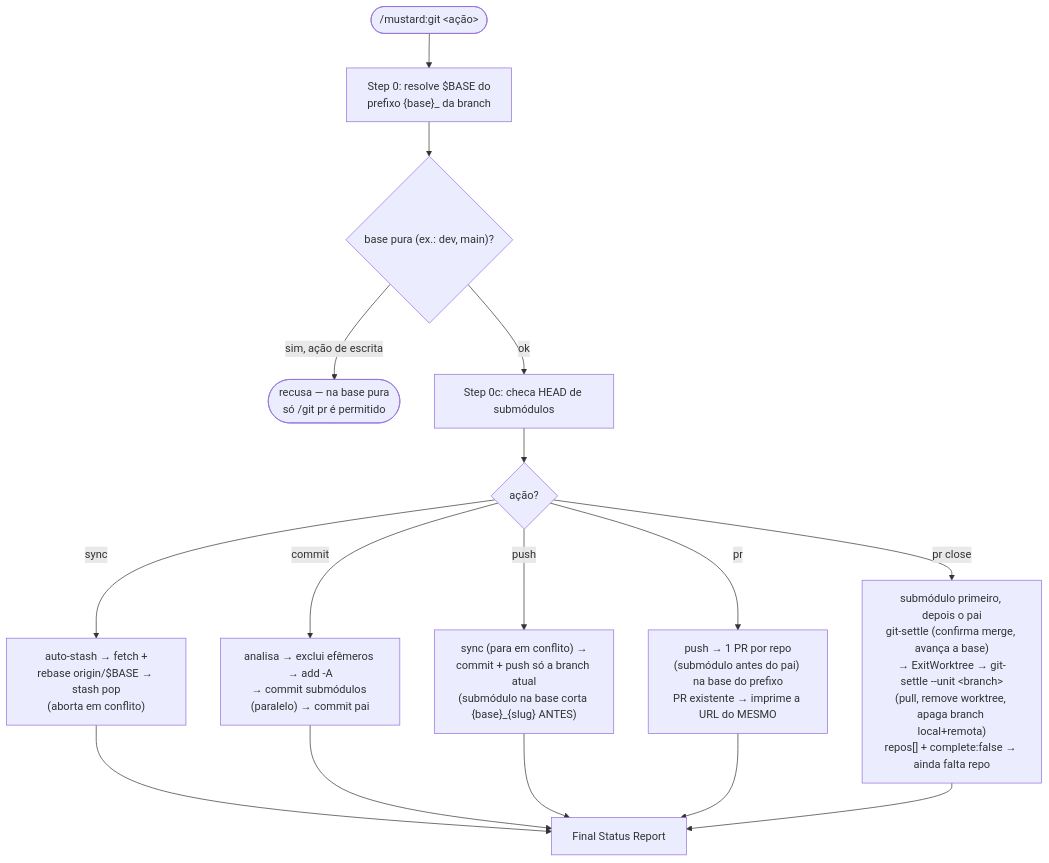
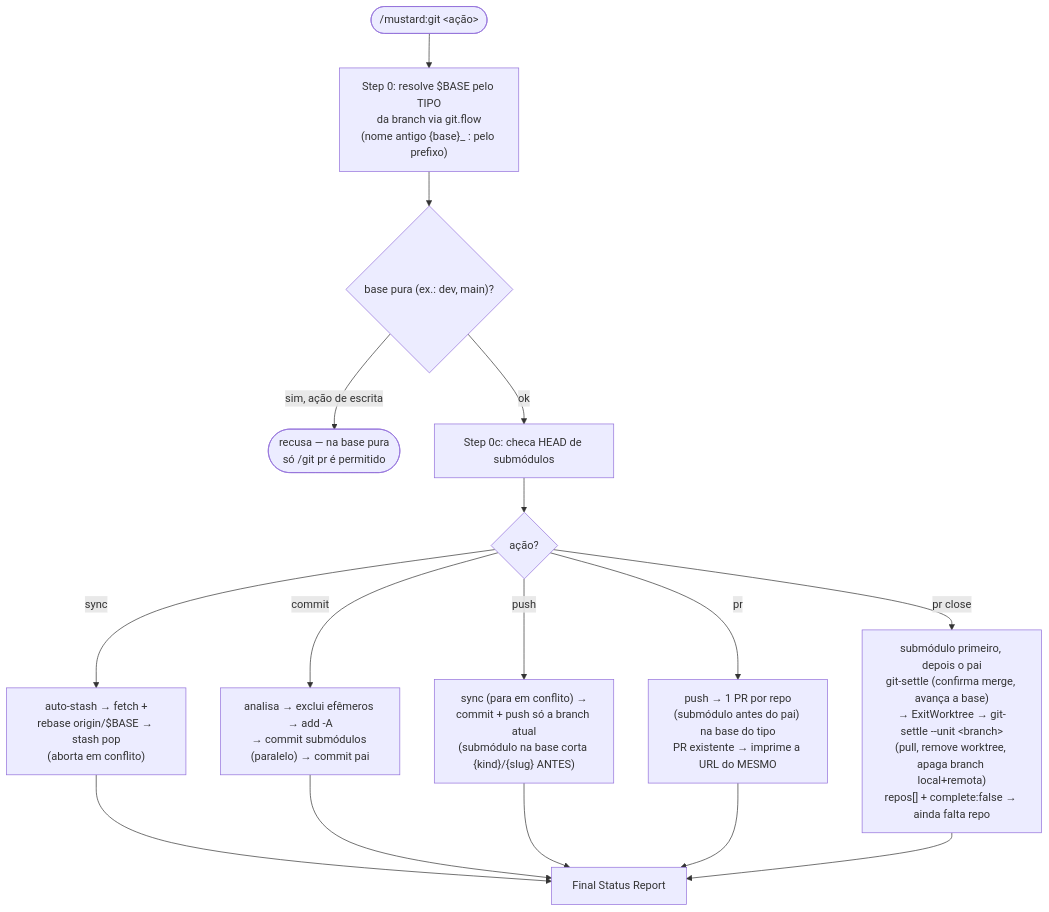
One commit to rubensrpj/mustard changed diagram 11 of 12 in MUSTARD-COMMANDS.md. Above: the diagram before and after it, drawn with Mermaid. The commit also changed other lines of this file and 44 other files, not shown here.

````diff
--- a/MUSTARD-COMMANDS.md
+++ b/MUSTARD-COMMANDS.md
@@ -433,20 +433,20 @@
 ```mermaid
 flowchart TD
-    start(["/mustard:git &lt;ação&gt;"]) --> s0["Step 0: resolve $BASE do<br/>prefixo {base}_ da branch"]
+    start(["/mustard:git &lt;ação&gt;"]) --> s0["Step 0: resolve $BASE pelo TIPO<br/>da branch via git.flow<br/>(nome antigo {base}_ : pelo prefixo)"]
     s0 --> prot{"base pura (ex.: dev, main)?"}
     prot -->|"sim, ação de escrita"| refuse(["recusa — na base pura<br/>só /git pr é permitido"])
     prot -->|ok| sub["Step 0c: checa HEAD de submódulos"]
 
     sub --> action{"ação?"}
     action -->|sync| sync["auto-stash → fetch +<br/>rebase origin/$BASE → stash pop<br/>(aborta em conflito)"]
     action -->|commit| commit["analisa → exclui efêmeros → add -A<br/>→ commit submódulos (paralelo) → commit pai"]
-    action -->|push| push["sync (para em conflito) →<br/>commit + push só a branch atual<br/>(submódulo na base corta {base}_{slug} ANTES)"]
-    action -->|pr| pr["push → 1 PR por repo<br/>(submódulo antes do pai) na base do prefixo<br/>PR existente → imprime a URL do MESMO"]
+    action -->|push| push["sync (para em conflito) →<br/>commit + push só a branch atual<br/>(submódulo na base corta {kind}/{slug} ANTES)"]
+    action -->|pr| pr["push → 1 PR por repo<br/>(submódulo antes do pai) na base do tipo<br/>PR existente → imprime a URL do MESMO"]
     action -->|"pr close"| settle["submódulo primeiro, depois o pai<br/>git-settle (confirma merge, avança a base)<br/>→ ExitWorktree → git-settle --unit &lt;branch&gt;<br/>(pull, remove worktree, apaga branch local+remota)<br/>repos[] + complete:false → ainda falta repo"]
 
     sync --> reportx["Final Status Report"]
     commit --> reportx
     push --> reportx
     pr --> reportx
     settle --> reportx
 ```
````
